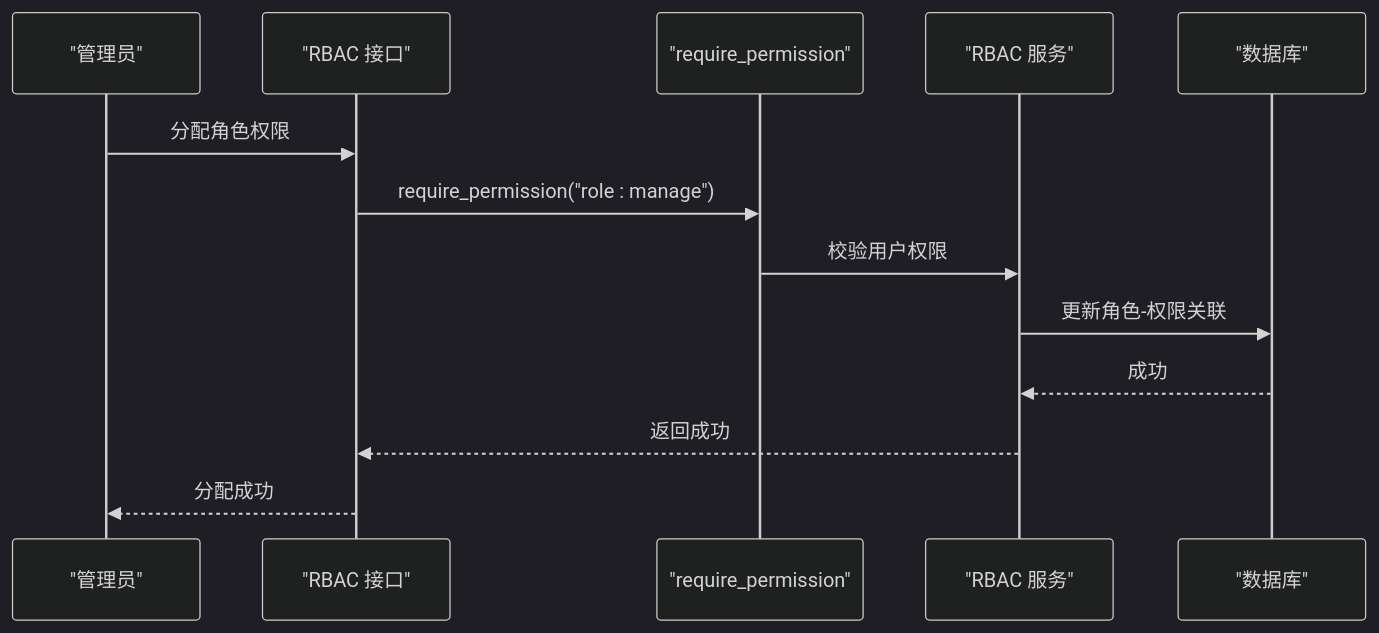
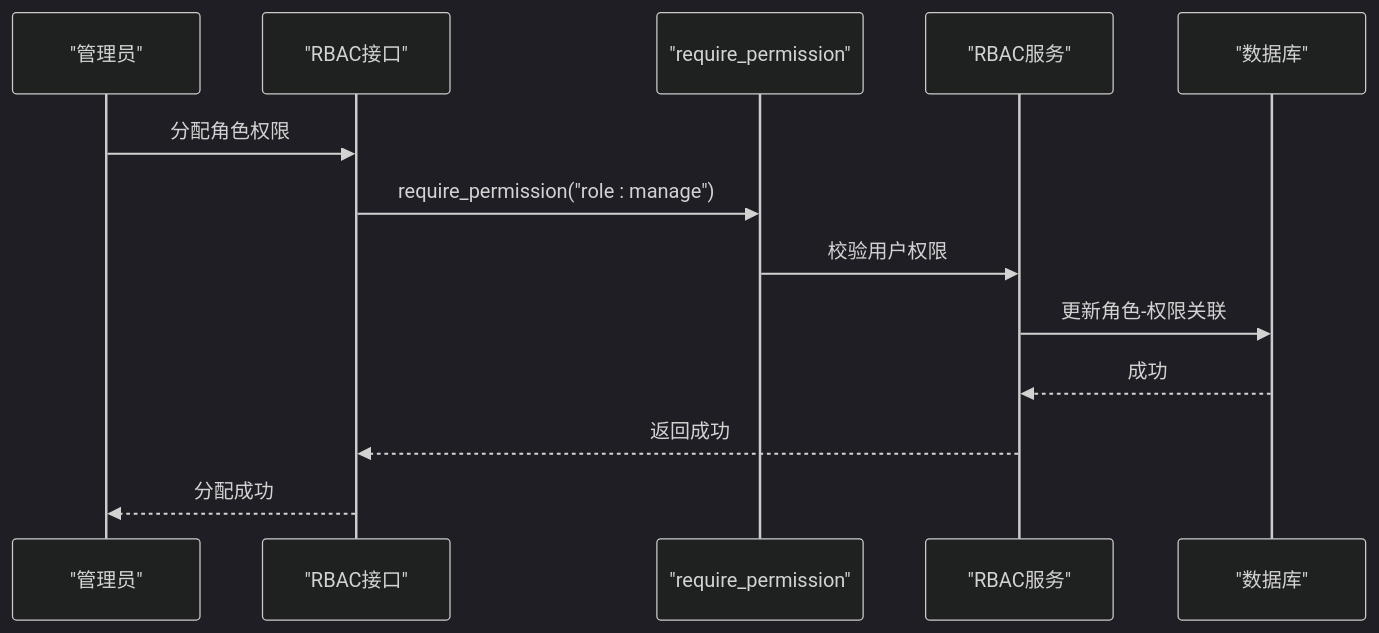
The fifth of 10 diagrams in .qoder/repowiki/zh/content/项目概述/核心特性/动态菜单生成.md (taoweidong/Hello-FastApi), drawn with Mermaid (dark theme) before and after one commit. The commit also changed other lines of this file and 18 other files, not shown here.

````diff
--- a/.qoder/repowiki/zh/content/项目概述/核心特性/动态菜单生成.md
+++ b/.qoder/repowiki/zh/content/项目概述/核心特性/动态菜单生成.md
@@ -265,15 +314,15 @@
 ```mermaid
 sequenceDiagram
 participant Admin as "管理员"
-participant API as "RBAC 接口"
+participant API as "RBAC接口"
 participant DEP as "require_permission"
-participant SVC as "RBAC 服务"
+participant SVC as "RBAC服务"
 participant DB as "数据库"
 Admin->>API : 分配角色权限
 API->>DEP : require_permission("role : manage")
 DEP->>SVC : 校验用户权限
 SVC->>DB : 更新角色-权限关联
 DB-->>SVC : 成功
 SVC-->>API : 返回成功
 API-->>Admin : 分配成功
 ```
````
